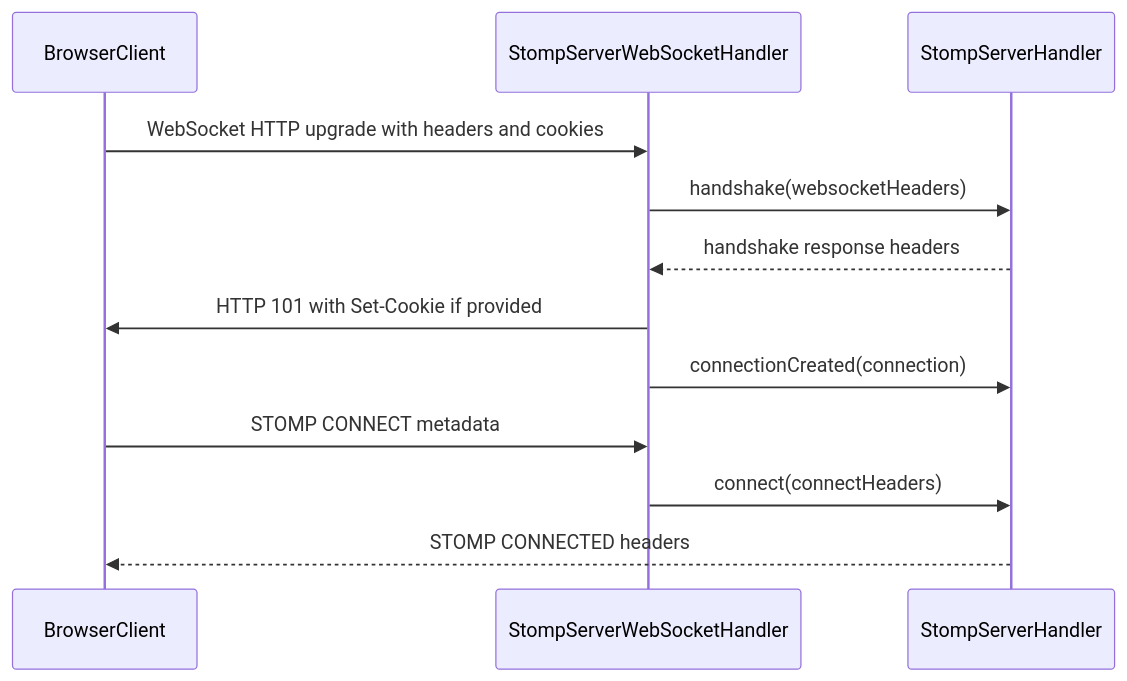
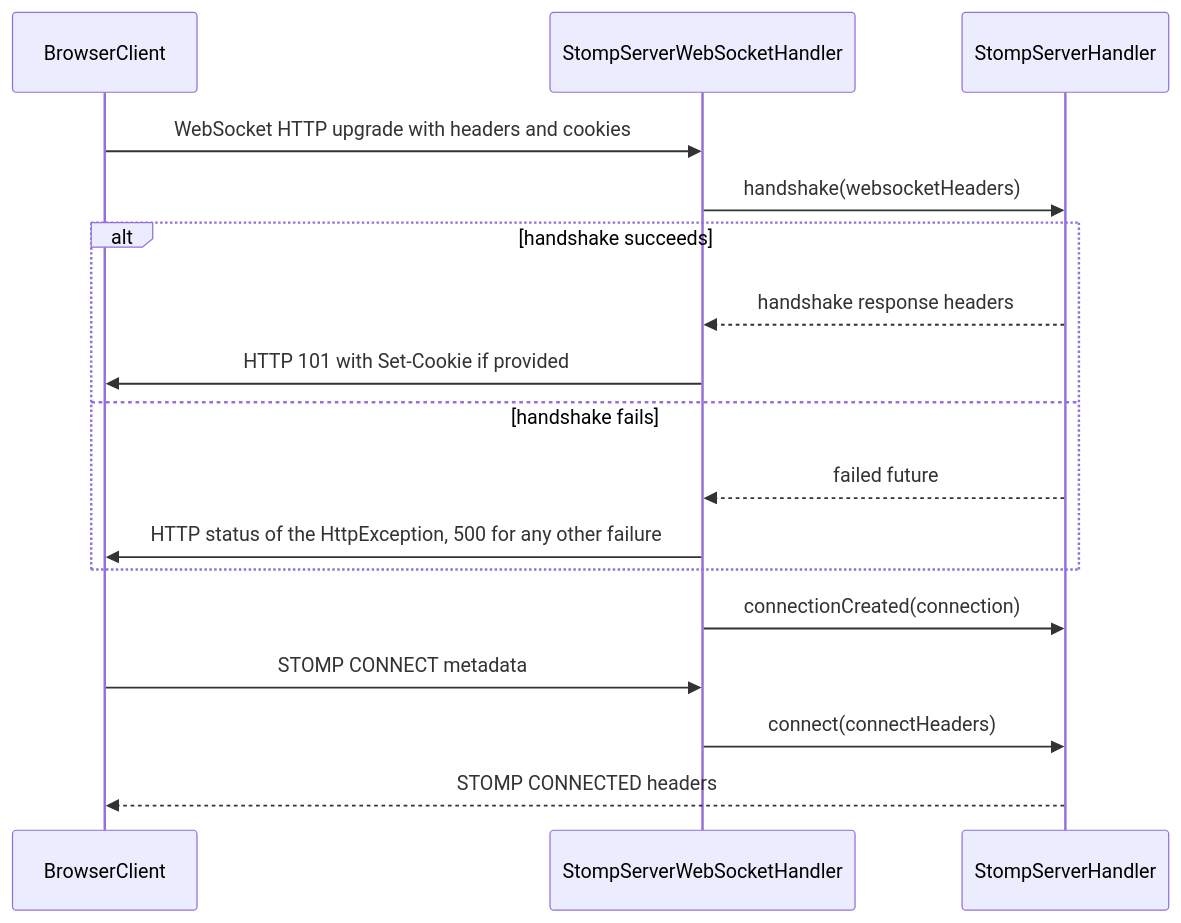
One commit to kinotic-ai/vertx-stomp-lite changed the first of 2 diagrams in README.md. Above: the diagram before and after it, drawn with Mermaid. The commit also changed other lines of this file and 4 other files, not shown here.

First line of the commit message:
Answer a failed handshake with the status of its HttpException, 500 for any other failure

````diff
--- a/README.md
+++ b/README.md
@@ -9,15 +11,20 @@
 ```mermaid
 sequenceDiagram
     participant browserClient as BrowserClient
     participant wsHandler as StompServerWebSocketHandler
     participant stompHandler as StompServerHandler
 
     browserClient->>wsHandler: WebSocket HTTP upgrade with headers and cookies
     wsHandler->>stompHandler: handshake(websocketHeaders)
-    stompHandler-->>wsHandler: handshake response headers
-    wsHandler->>browserClient: HTTP 101 with Set-Cookie if provided
+    alt handshake succeeds
+        stompHandler-->>wsHandler: handshake response headers
+        wsHandler->>browserClient: HTTP 101 with Set-Cookie if provided
+    else handshake fails
+        stompHandler-->>wsHandler: failed future
+        wsHandler->>browserClient: HTTP status of the HttpException, 500 for any other failure
+    end
     wsHandler->>stompHandler: connectionCreated(connection)
     browserClient->>wsHandler: STOMP CONNECT metadata
     wsHandler->>stompHandler: connect(connectHeaders)
     stompHandler-->>browserClient: STOMP CONNECTED headers
 ```
````
